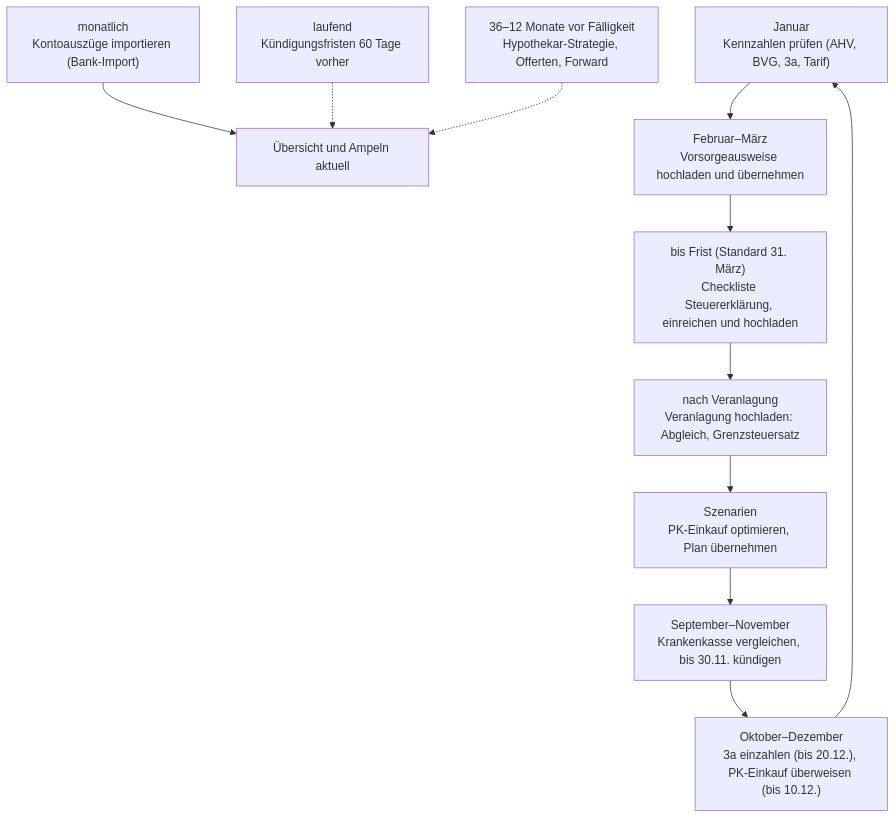
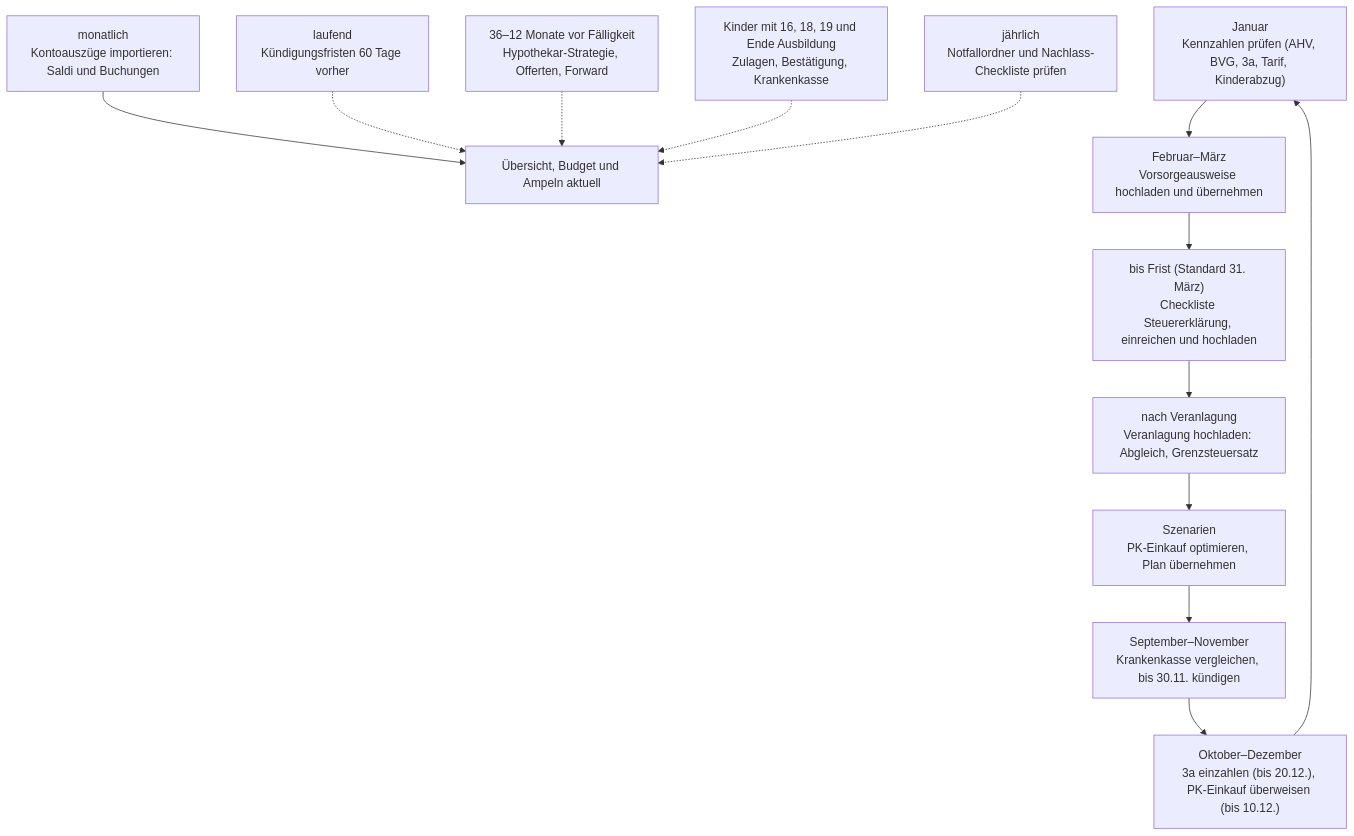
One commit to khu1985/finanz-ha changed the seventh of 7 diagrams in README.md. Above: the diagram before and after it, drawn with Mermaid. The commit also changed other lines of this file and 15 other files, not shown here.

First line of the commit message:
Doku: Diagramme auf Stand 0.16.0, automatische Prüfung der Dokumentation

````diff
--- a/README.md
+++ b/README.md
@@ -268,13 +280,15 @@
 ```mermaid
 flowchart TD
-    M["monatlich<br/>Kontoauszüge importieren (Bank-Import)"] --> UE["Übersicht und Ampeln aktuell"]
-    J["Januar<br/>Kennzahlen prüfen (AHV, BVG, 3a, Tarif)"] --> F
+    M["monatlich<br/>Kontoauszüge importieren: Saldi und Buchungen"] --> UE["Übersicht, Budget und Ampeln aktuell"]
+    J["Januar<br/>Kennzahlen prüfen (AHV, BVG, 3a, Tarif, Kinderabzug)"] --> F
     F["Februar–März<br/>Vorsorgeausweise hochladen und übernehmen"] --> SE
     SE["bis Frist (Standard 31. März)<br/>Checkliste Steuererklärung, einreichen und hochladen"] --> VE
     VE["nach Veranlagung<br/>Veranlagung hochladen: Abgleich, Grenzsteuersatz"] --> SZ
     SZ["Szenarien<br/>PK-Einkauf optimieren, Plan übernehmen"] --> KV
     KV["September–November<br/>Krankenkasse vergleichen, bis 30.11. kündigen"] --> DZ
     DZ["Oktober–Dezember<br/>3a einzahlen (bis 20.12.), PK-Einkauf überweisen (bis 10.12.)"] --> J
     VT["laufend<br/>Kündigungsfristen 60 Tage vorher"] -.-> UE
     HY["36–12 Monate vor Fälligkeit<br/>Hypothekar-Strategie, Offerten, Forward"] -.-> UE
+    KD["Kinder mit 16, 18, 19 und Ende Ausbildung<br/>Zulagen, Bestätigung, Krankenkasse"] -.-> UE
+    NO["jährlich<br/>Notfallordner und Nachlass-Checkliste prüfen"] -.-> UE
 ```
````
